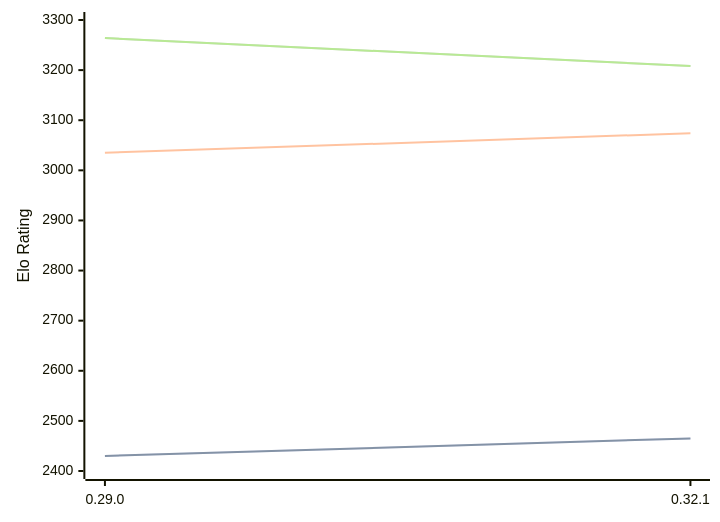
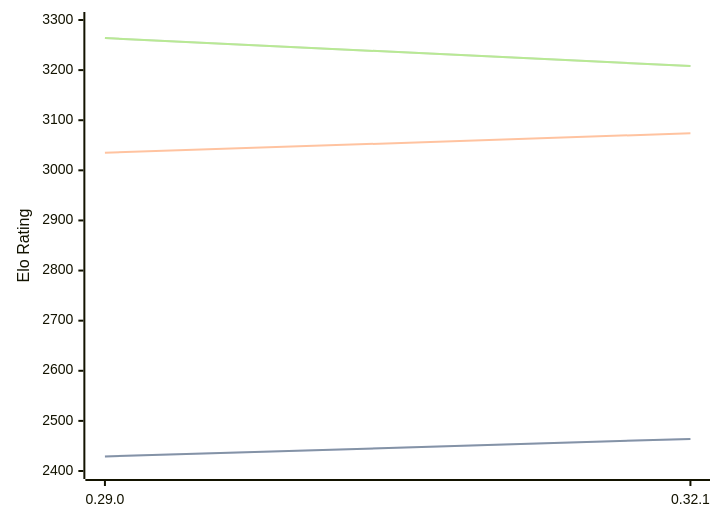
One commit to computer-chess-index/cci changed the diagram in engines/Lc0.md. Above: the diagram before and after it, drawn with Mermaid. The commit also changed other lines of this file, not shown here.

````diff
--- a/engines/Lc0.md
+++ b/engines/Lc0.md
@@ -65,11 +65,11 @@
 ```mermaid
 %%{init: {"theme":"base","themeVariables":{"seriesColors:['#a3a3a3','#222221','#faa371']}}}%%
 xychart-beta
   x-axis ["0.29.0", "0.32.1"]
   y-axis "Elo Rating" 2400 --> 3300
-  line "STC (8.0+0.08s)" [2430, 2465]
-  line "STC (8.0+0.08s)" [2430, 2465]
+  line "STC (8.0+0.08s)" [2429, 2464]
+  line "STC (8.0+0.08s)" [2429, 2464]
   line "LTC (60.0+0.60s)" [3035, 3074]
   line "VLTC (2m24s+1.12s)" [3264, 3208]
   line "VLTC (2m24s+1.12s)" [3264, 3208]
 ```
````
